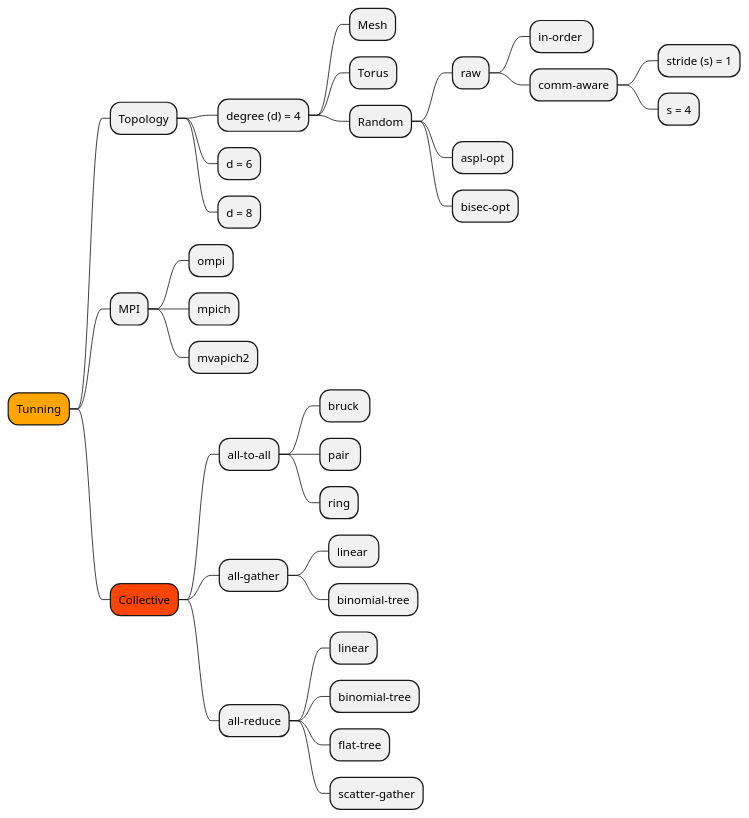
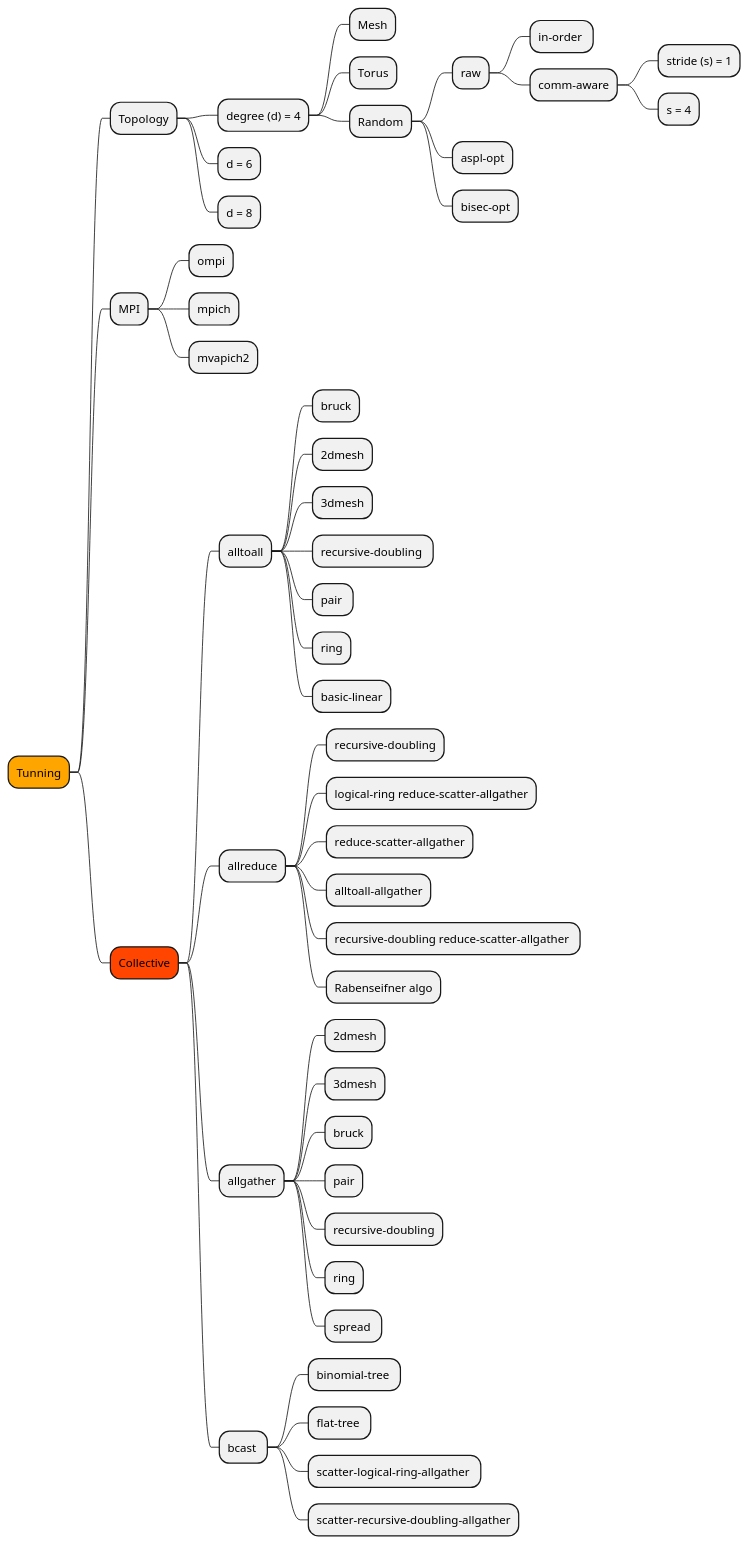
Before and after one commit to smallcat9603/simgrid: the diagram in 211014-fujitsu/opentuner/tunning.puml, drawn with PlantUML. The commit also changed 1 other file, not shown here.

Commit message:
add collective algo

```diff
--- a/211014-fujitsu/opentuner/tunning.puml
+++ b/211014-fujitsu/opentuner/tunning.puml
@@ -1,34 +1,50 @@
 @startmindmap
 *[#orange] Tunning
 ** Topology
 *** degree (d) = 4
 **** Mesh
 **** Torus
 **** Random
 ***** raw
 ****** in-order 
 ****** comm-aware
 ******* stride (s) = 1
 ******* s = 4
 ***** aspl-opt
 ***** bisec-opt
 *** d = 6
 *** d = 8
 ** MPI
 *** ompi
 *** mpich
 *** mvapich2
 **[#OrangeRed] Collective
-*** all-to-all
-**** bruck 
+*** alltoall
+**** bruck
+**** 2dmesh
+**** 3dmesh
+**** recursive-doubling 
 **** pair 
 **** ring
-*** all-gather
-**** linear 
-**** binomial-tree
-*** all-reduce
-**** linear
-**** binomial-tree
-**** flat-tree
-**** scatter-gather
+**** basic-linear
+*** allreduce
+**** recursive-doubling
+**** logical-ring reduce-scatter-allgather
+**** reduce-scatter-allgather
+**** alltoall-allgather
+**** recursive-doubling reduce-scatter-allgather 
+**** Rabenseifner algo
+*** allgather
+**** 2dmesh
+**** 3dmesh
+**** bruck
+**** pair
+**** recursive-doubling
+**** ring
+**** spread 
+*** bcast 
+**** binomial-tree 
+**** flat-tree 
+**** scatter-logical-ring-allgather 
+**** scatter-recursive-doubling-allgather
 @endmindmap
```
